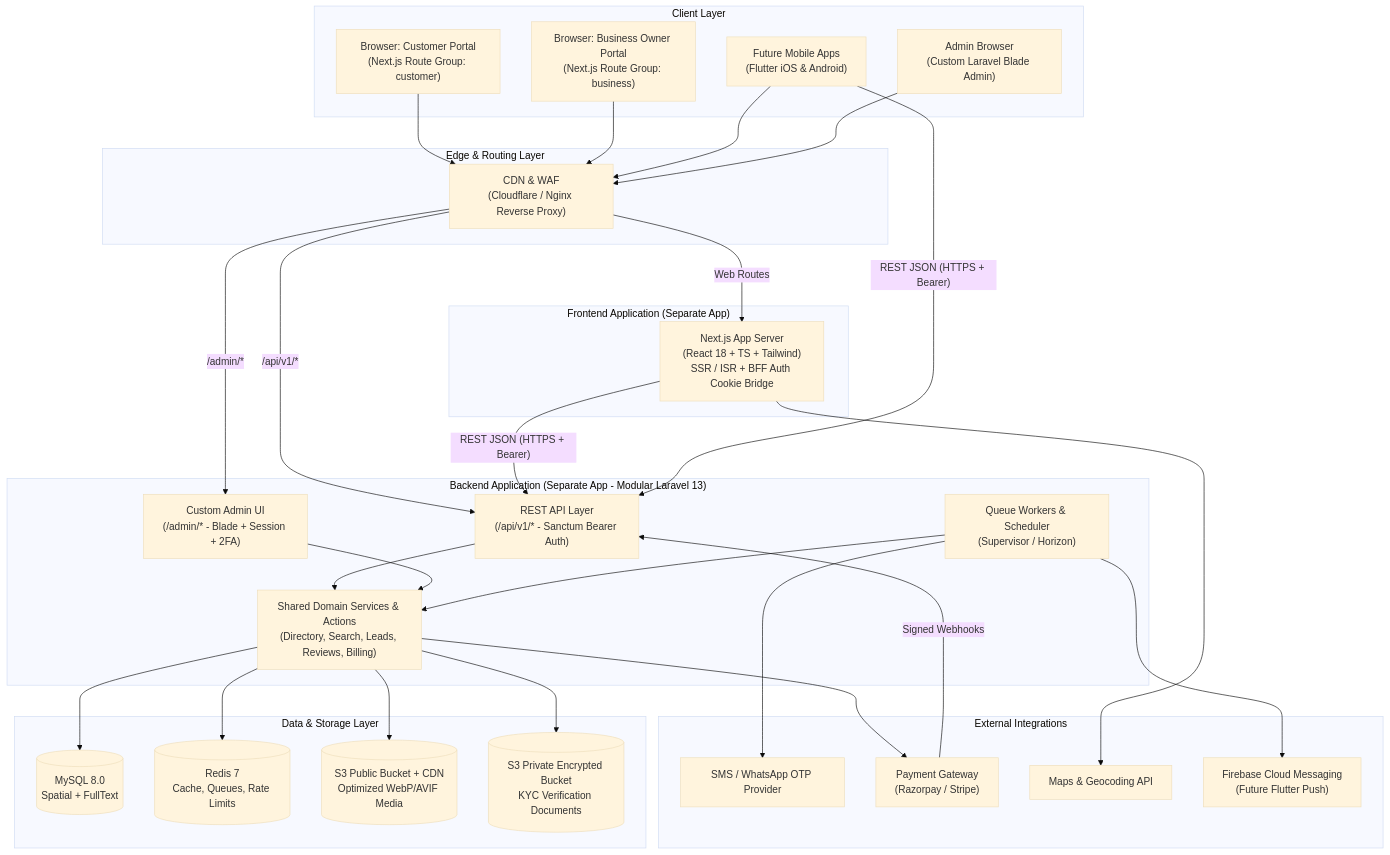
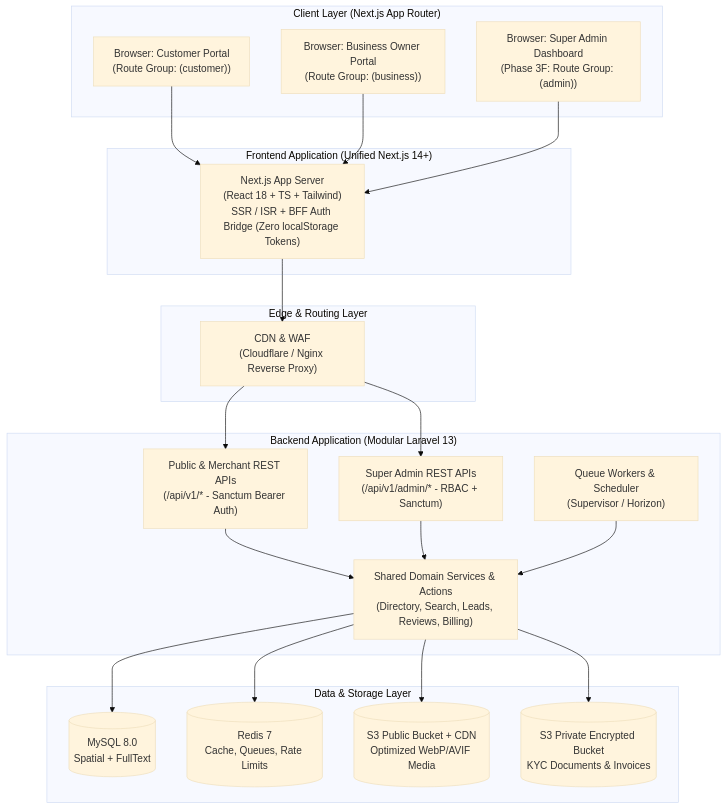
The diagram in docs/07-system-architecture.md (SanjayJai/neargrid), drawn with Mermaid (base theme) before and after one commit. The commit also changed other lines of this file and 31 other files, not shown here.

````diff
--- a/docs/07-system-architecture.md
+++ b/docs/07-system-architecture.md
@@ -33,65 +36,44 @@
 ```mermaid
 flowchart TB
-    subgraph Clients["Client Layer"]
-        C1["Browser: Customer Portal<br/>(Next.js Route Group: customer)"]
-        C2["Browser: Business Owner Portal<br/>(Next.js Route Group: business)"]
-        C3["Future Mobile Apps<br/>(Flutter iOS & Android)"]
-        C4["Admin Browser<br/>(Custom Laravel Blade Admin)"]
+    subgraph Clients["Client Layer (Next.js App Router)"]
+        C1["Browser: Customer Portal<br/>(Route Group: (customer))"]
+        C2["Browser: Business Owner Portal<br/>(Route Group: (business))"]
+        C3["Browser: Super Admin Dashboard<br/>(Phase 3F: Route Group: (admin))"]
     end
 
     subgraph Edge["Edge & Routing Layer"]
         CDN["CDN & WAF<br/>(Cloudflare / Nginx Reverse Proxy)"]
     end
 
-    subgraph Frontend["Frontend Application (Separate App)"]
-        NEXT["Next.js App Server<br/>(React 18 + TS + Tailwind)<br/>SSR / ISR + BFF Auth Cookie Bridge"]
+    subgraph Frontend["Frontend Application (Unified Next.js 14+)"]
+        NEXT["Next.js App Server<br/>(React 18 + TS + Tailwind)<br/>SSR / ISR + BFF Auth Bridge (Zero localStorage Tokens)"]
     end
 
-    subgraph Backend["Backend Application (Separate App - Modular Laravel 13)"]
-        API["REST API Layer<br/>(/api/v1/* - Sanctum Bearer Auth)"]
-        ADMIN["Custom Admin UI<br/>(/admin/* - Blade + Session + 2FA)"]
+    subgraph Backend["Backend Application (Modular Laravel 13)"]
+        API["Public & Merchant REST APIs<br/>(/api/v1/* - Sanctum Bearer Auth)"]
+        ADMIN["Super Admin REST APIs<br/>(/api/v1/admin/* - RBAC + Sanctum)"]
         DOM["Shared Domain Services & Actions<br/>(Directory, Search, Leads, Reviews, Billing)"]
         WORK["Queue Workers & Scheduler<br/>(Supervisor / Horizon)"]
     end
 
     subgraph Data["Data & Storage Layer"]
         MYSQL[("MySQL 8.0<br/>Spatial + FullText")]
         REDIS[("Redis 7<br/>Cache, Queues, Rate Limits")]
         S3PUB[("S3 Public Bucket + CDN<br/>Optimized WebP/AVIF Media")]
-        S3PRIV[("S3 Private Encrypted Bucket<br/>KYC Verification Documents")]
+        S3PRIV[("S3 Private Encrypted Bucket<br/>KYC Documents & Invoices")]
     end
 
-    subgraph External["External Integrations"]
-        OTP["SMS / WhatsApp OTP Provider"]
-        PAY["Payment Gateway<br/>(Razorpay / Stripe)"]
-        MAP["Maps & Geocoding API"]
-        FCM["Firebase Cloud Messaging<br/>(Future Flutter Push)"]
-    end
-
-    C1 --> CDN
-    C2 --> CDN
-    C3 --> CDN
-    C4 --> CDN
-
-    CDN -->|"Web Routes"| NEXT
-    CDN -->|"/api/v1/*"| API
-    CDN -->|"/admin/*"| ADMIN
-
-    NEXT -->|"REST JSON (HTTPS + Bearer)"| API
-    C3 -->|"REST JSON (HTTPS + Bearer)"| API
-
+    C1 --> NEXT
+    C2 --> NEXT
+    C3 --> NEXT
+    NEXT --> CDN
+    CDN --> API
+    CDN --> ADMIN
     API --> DOM
     ADMIN --> DOM
-    WORK --> DOM
-
     DOM --> MYSQL
     DOM --> REDIS
     DOM --> S3PUB
     DOM --> S3PRIV
-
-    WORK --> OTP
-    DOM --> PAY
-    PAY -->|"Signed Webhooks"| API
-    NEXT --> MAP
-    WORK --> FCM
+    WORK --> DOM
 ```
````
